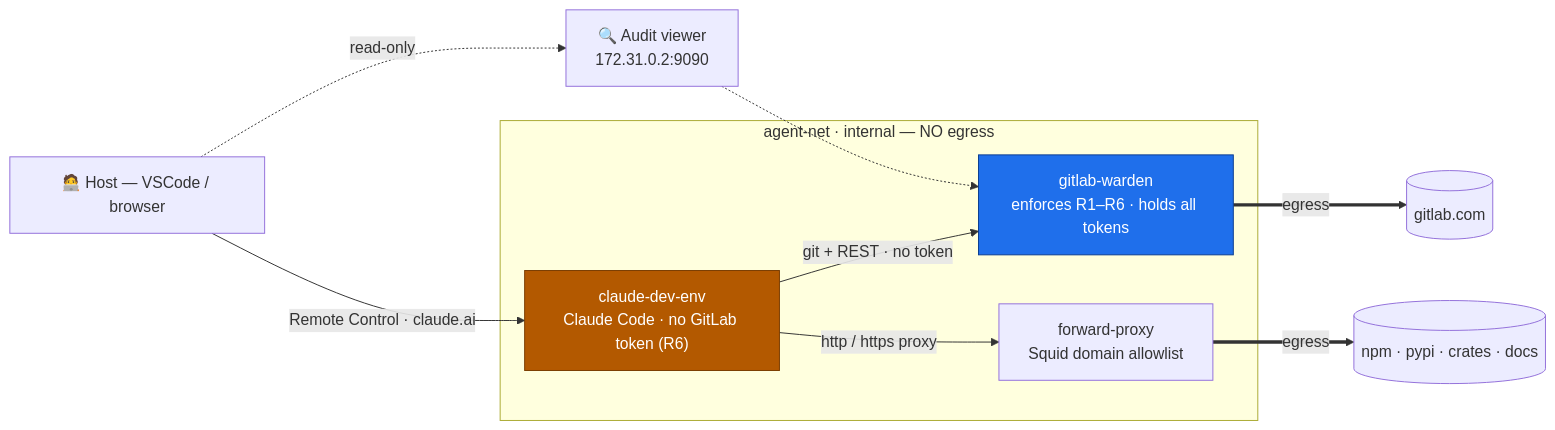
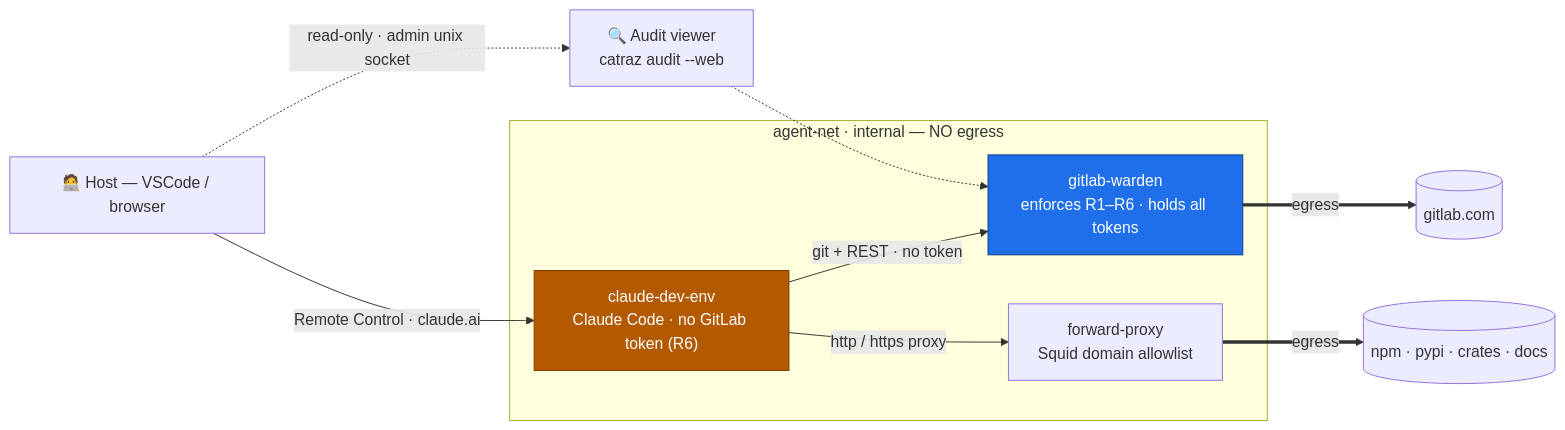
The diagram in README.md (EddyXorb/claudecatraz), drawn with Mermaid before and after one commit. The commit also changed other lines of this file, not shown here.

Commit message:
docs(readme): rewrite for installed CLI + .catraz layout; drop manual steps

````diff
--- a/README.md
+++ b/README.md
@@ -27,27 +28,27 @@
 ```mermaid
 flowchart LR
     host["🧑‍💻 Host — VSCode / browser"]
-    viewer["🔍 Audit viewer<br/>172.31.0.2:9090"]
+    viewer["🔍 Audit viewer<br/>catraz audit --web"]
 
     subgraph agentnet["agent-net · internal — NO egress"]
         agent["claude-dev-env<br/>Claude Code · no GitLab token (R6)"]
         warden["gitlab-warden<br/>enforces R1–R6 · holds all tokens"]
         proxy["forward-proxy<br/>Squid domain allowlist"]
     end
 
     gitlab[("gitlab.com")]
     registries[("npm · pypi · crates · docs")]
 
     host -->|Remote Control · claude.ai| agent
-    host -.->|read-only| viewer
+    host -.->|read-only · admin unix socket| viewer
     viewer -.-> warden
     agent -->|git + REST · no token| warden
     agent -->|http / https proxy| proxy
     warden ==>|egress| gitlab
     proxy ==>|egress| registries
 
     classDef trust fill:#1f6feb,stroke:#0b3d91,color:#fff;
     classDef untrusted fill:#b35900,stroke:#7a3d00,color:#fff;
     class warden trust;
     class agent untrusted;
 ```
````
